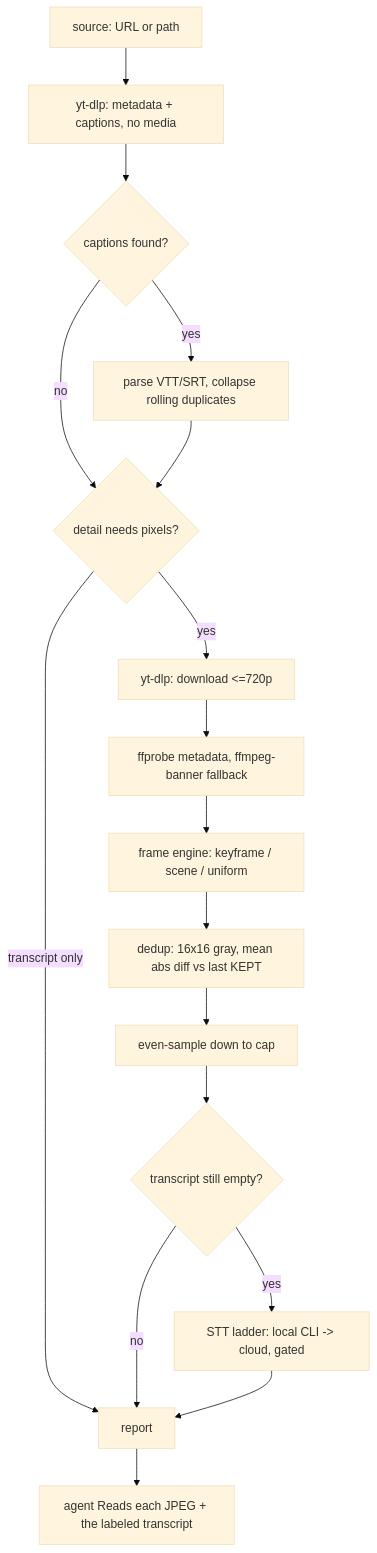
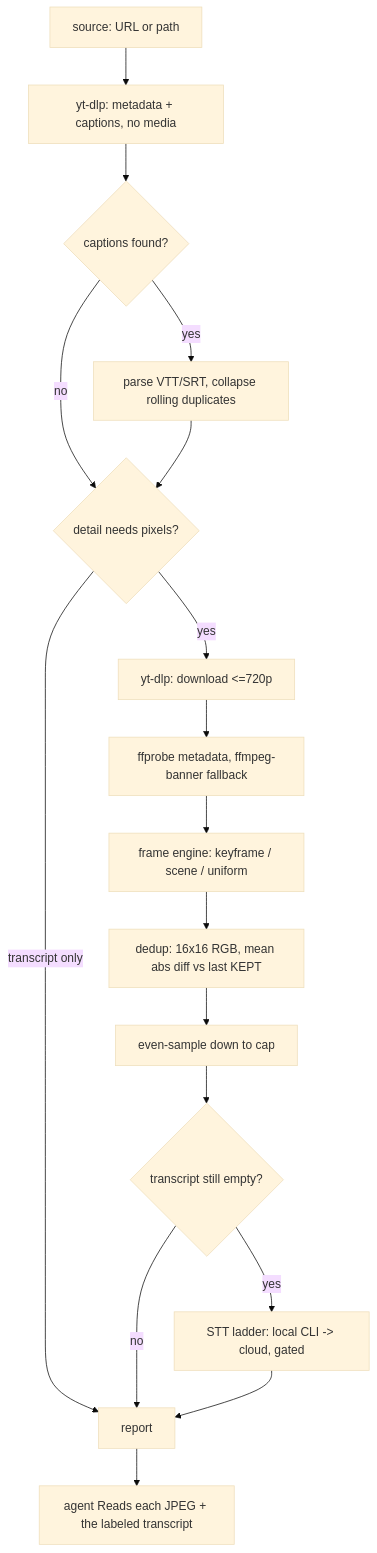
Before and after one commit to MichaelC001/dimension-marketplace: the diagram in packs/watch/skills/watch/references/pipeline.md, drawn with Mermaid (base theme). The commit also changed other lines of this file and 20 other files, not shown here.

````diff
--- a/packs/watch/skills/watch/references/pipeline.md
+++ b/packs/watch/skills/watch/references/pipeline.md
@@ -3,19 +3,19 @@
 ```mermaid
 graph TD
   A[source: URL or path] --> B[yt-dlp: metadata + captions, no media]
   B --> C{captions found?}
   C -->|yes| D[parse VTT/SRT, collapse rolling duplicates]
   C -->|no| E{detail needs pixels?}
   D --> E
   E -->|transcript only| Z[report]
   E -->|yes| F[yt-dlp: download <=720p]
   F --> G[ffprobe metadata, ffmpeg-banner fallback]
   G --> H[frame engine: keyframe / scene / uniform]
-  H --> I[dedup: 16x16 gray, mean abs diff vs last KEPT]
+  H --> I[dedup: 16x16 RGB, mean abs diff vs last KEPT]
   I --> J[even-sample down to cap]
   J --> K{transcript still empty?}
   K -->|yes| L[STT ladder: local CLI -> cloud, gated]
   K -->|no| Z
   L --> Z
   Z --> M[agent Reads each JPEG + the labeled transcript]
 ```
````
